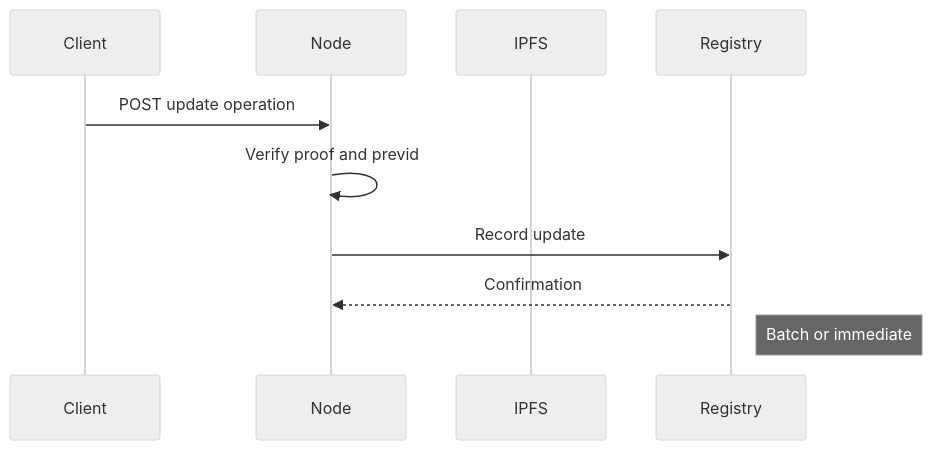
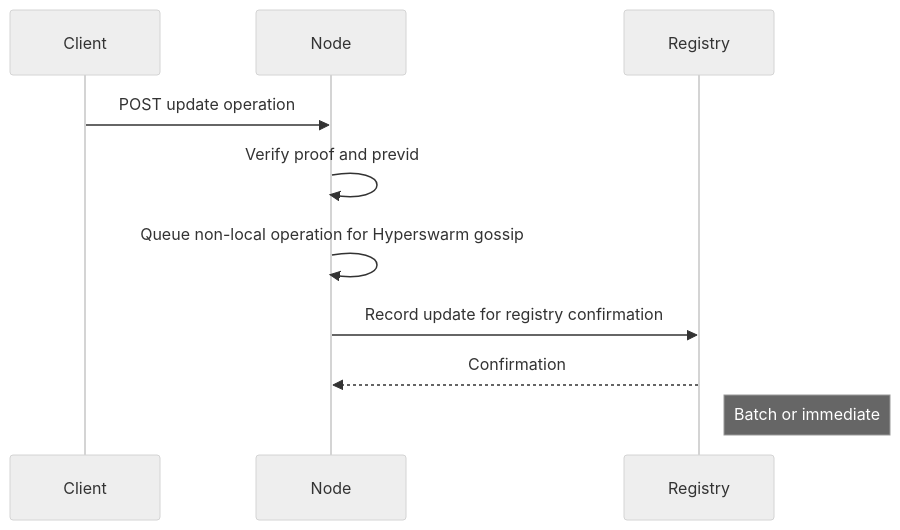
One commit to archetech/didcid-specs changed the diagram in markdown/update.md. Above: the diagram before and after it, drawn with Mermaid (neutral theme). The commit also changed 11 other files, not shown here.

Commit message:
docs: clarify gossip distribution and IPFS fallback throughout spec

````diff
--- a/markdown/update.md
+++ b/markdown/update.md
@@ -83,14 +83,14 @@
 ```mermaid
 sequenceDiagram
     participant Client
     participant Node
-    participant IPFS
     participant Registry
     
     Client->>Node: POST update operation
     Node->>Node: Verify proof and previd
-    Node->>Registry: Record update
+    Node->>Node: Queue non-local operation for Hyperswarm gossip
+    Node->>Registry: Record update for registry confirmation
     Registry-->>Node: Confirmation
     
     Note right of Registry: Batch or immediate
 ```
````
